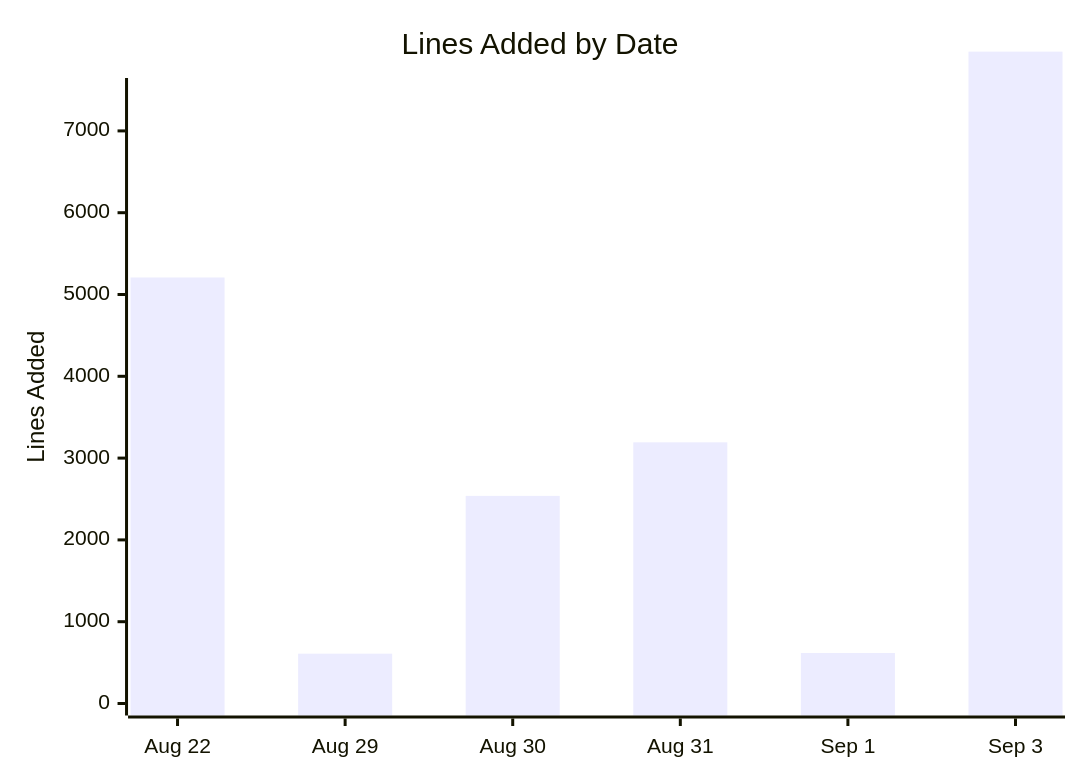
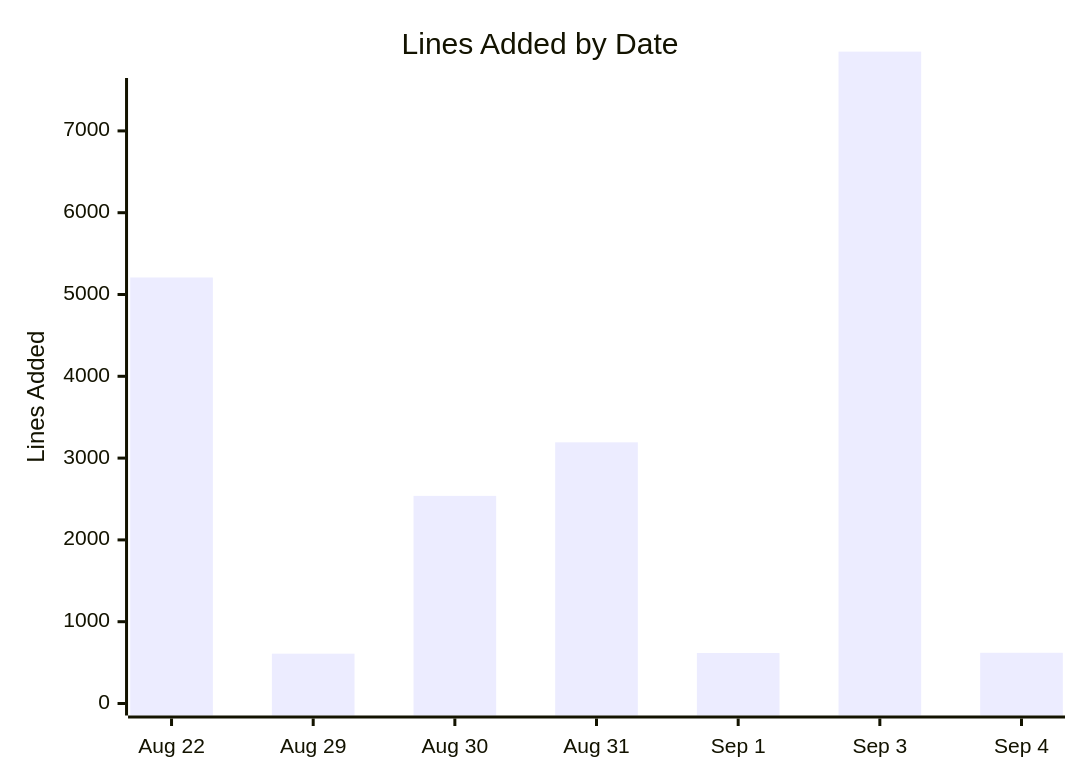
The second of 2 diagrams in docs/PROJECT_SUMMARY.md (roger64s/CodeWithKris), drawn with Mermaid before and after one commit. The commit also changed other lines of this file and 11 other files, not shown here.

````diff
--- a/docs/PROJECT_SUMMARY.md
+++ b/docs/PROJECT_SUMMARY.md
@@ -31,7 +31,7 @@
 ```mermaid
 xychart-beta
     title "Lines Added by Date"
-    x-axis ["Aug 22", "Aug 29", "Aug 30", "Aug 31", "Sep 1", "Sep 3"]
+    x-axis ["Aug 22", "Aug 29", "Aug 30", "Aug 31", "Sep 1", "Sep 3", "Sep 4"]
     y-axis "Lines Added" 0 --> 7500
-    bar [5208, 609, 2538, 3193, 617, 7969]
+    bar [5208, 609, 2538, 3193, 617, 7969, 620]
 ```
````
